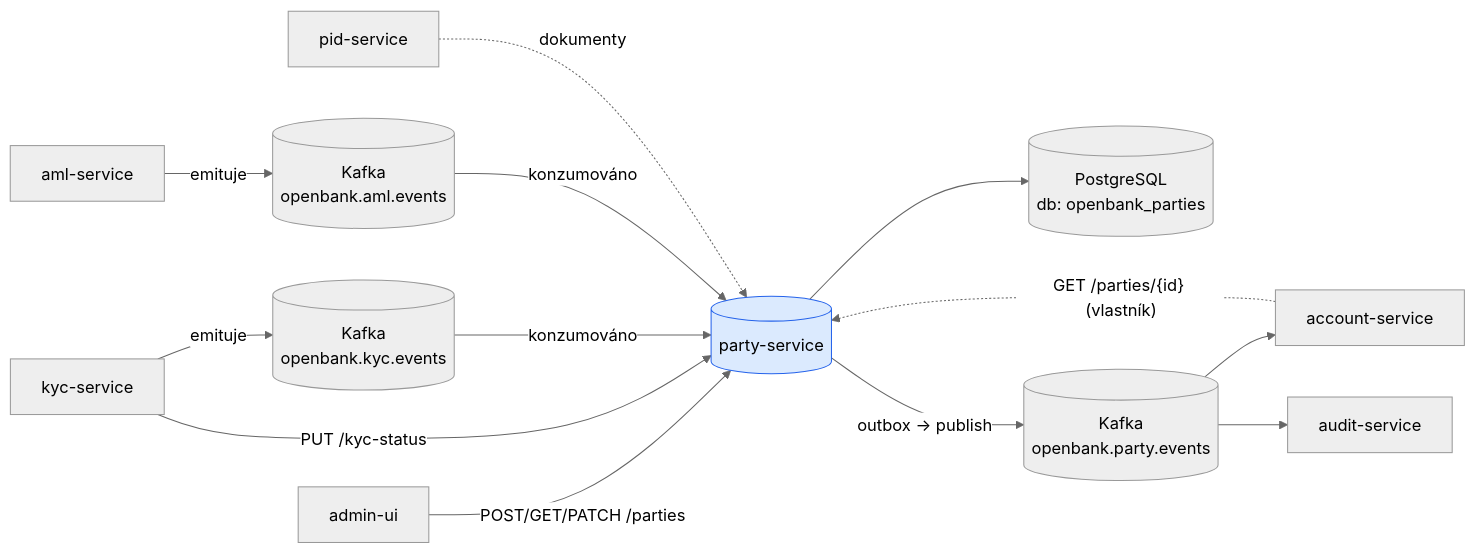
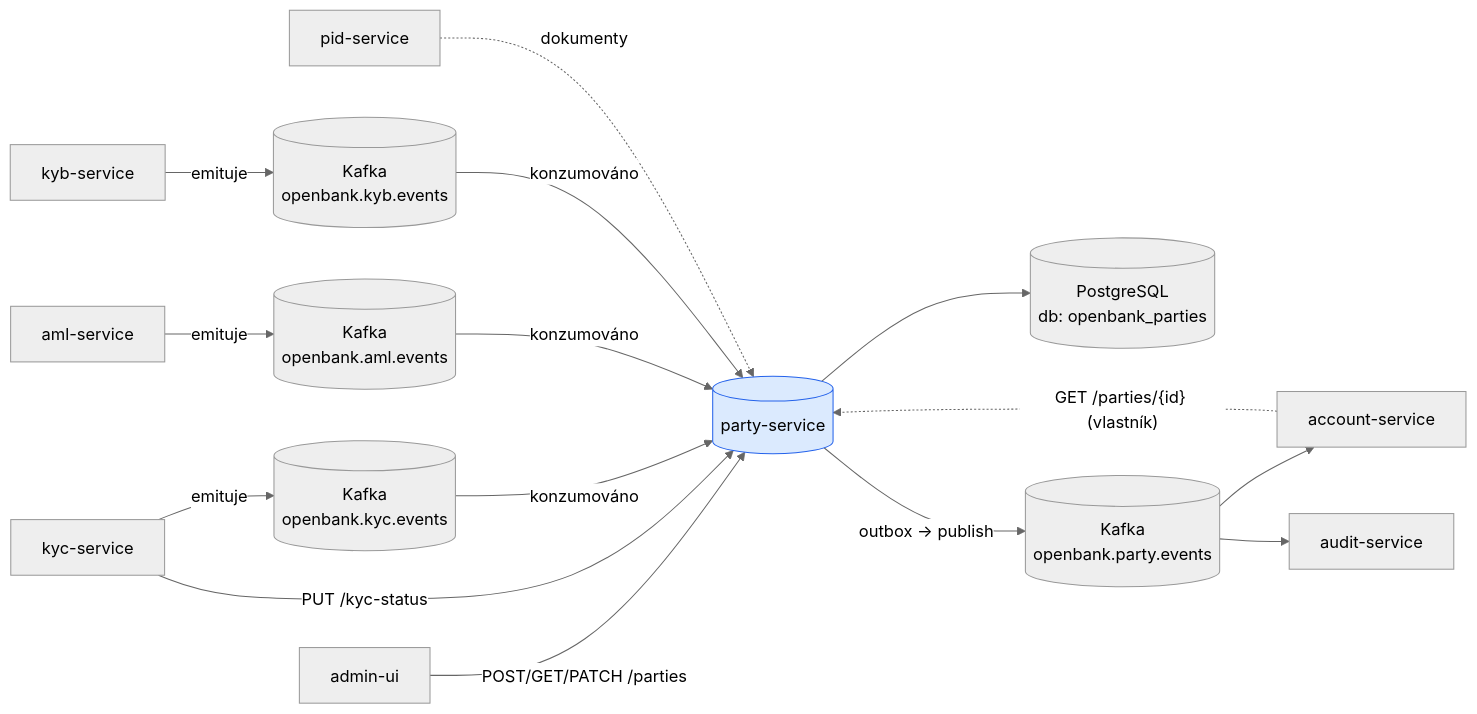
The first of 3 diagrams in openbank-party-service/src/main/resources/docs/02-architecture.cs.md (JiRaska/open-bank-oss), drawn with Mermaid (neutral theme) before and after one commit. The commit also changed other lines of this file and 3 other files, not shown here.

First line of the commit message:
fix(party): land the kyb channel's gitops override after its image, document the consumer

````diff
--- a/openbank-party-service/src/main/resources/docs/02-architecture.cs.md
+++ b/openbank-party-service/src/main/resources/docs/02-architecture.cs.md
@@ -7,32 +7,36 @@
 ```mermaid
 graph LR
   admin[admin-ui]
   kyc[kyc-service]
+  kyb[kyb-service]
   aml[aml-service]
   acc[account-service]
   pid[pid-service]
   audit[audit-service]
 
   party[(party-service)]:::svc
   db[(PostgreSQL<br/>db: openbank_parties)]
   kafkaOut[(Kafka<br/>openbank.party.events)]
   kafkaKyc[(Kafka<br/>openbank.kyc.events)]
   kafkaAml[(Kafka<br/>openbank.aml.events)]
+  kafkaKyb[(Kafka<br/>openbank.kyb.events)]
 
   admin -- "POST/GET/PATCH /parties" --> party
   kyc -- "PUT /kyc-status" --> party
   acc -. "GET /parties/{id} (vlastník)" .-> party
 
   kyc -- "emituje" --> kafkaKyc
   aml -- "emituje" --> kafkaAml
   kafkaKyc -- "konzumováno" --> party
   kafkaAml -- "konzumováno" --> party
+  kyb -- "emituje" --> kafkaKyb
+  kafkaKyb -- "konzumováno" --> party
 
   party --> db
   party -- "outbox → publish" --> kafkaOut
   kafkaOut --> acc
   kafkaOut --> audit
   pid -. "dokumenty" .-> party
 
   classDef svc fill:#dbeafe,stroke:#2563eb
 ```
````
